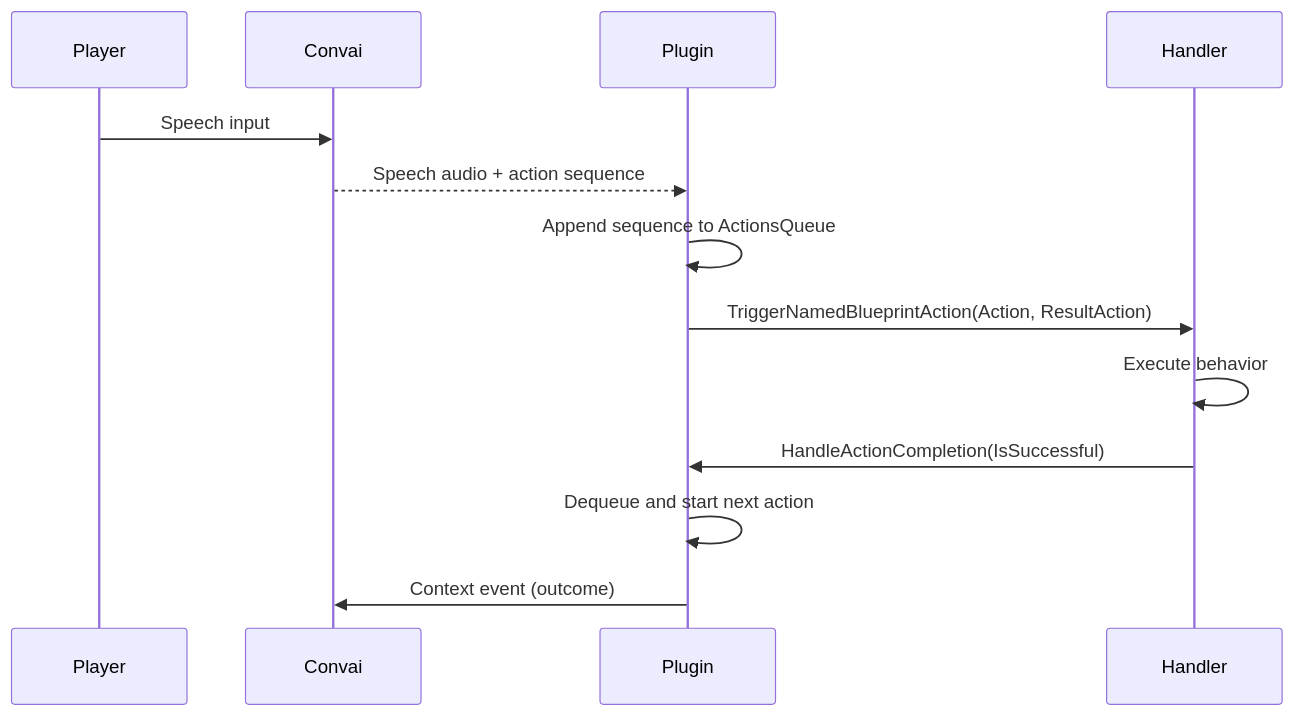
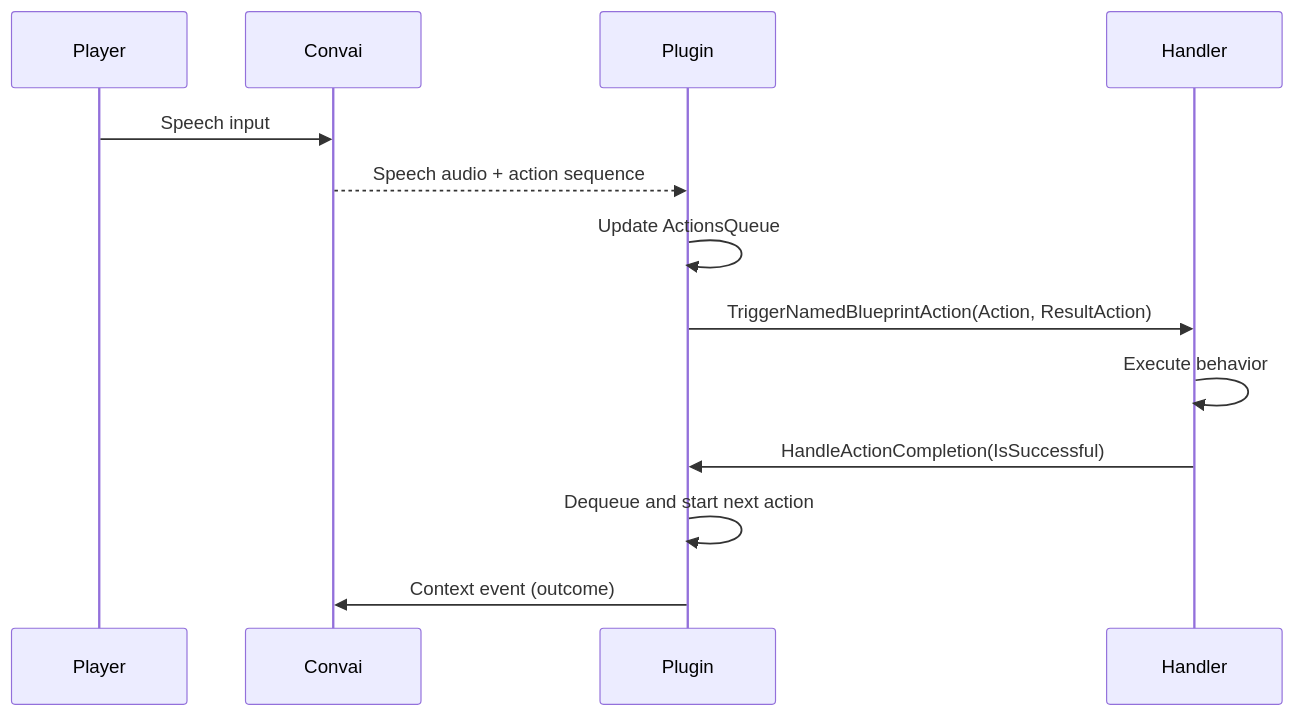
One commit to Conv-AI/Convai-Documentation changed the diagram in plugins-and-integrations/convai-unreal-engine-plugin/features/character-actions/how-character-actions-work.md. Above: the diagram before and after it, drawn with Mermaid. The commit also changed other lines of this file and 11 other files, not shown here.

````diff
--- a/plugins-and-integrations/convai-unreal-engine-plugin/features/character-actions/how-character-actions-work.md
+++ b/plugins-and-integrations/convai-unreal-engine-plugin/features/character-actions/how-character-actions-work.md
@@ -84,16 +84,16 @@
 ```mermaid
 sequenceDiagram
     participant Player
     participant Convai
     participant Plugin
     participant Handler
 
     Player->>Convai: Speech input
     Convai-->>Plugin: Speech audio + action sequence
-    Plugin->>Plugin: Append sequence to ActionsQueue
+    Plugin->>Plugin: Update ActionsQueue
     Plugin->>Handler: TriggerNamedBlueprintAction(Action, ResultAction)
     Handler->>Handler: Execute behavior
     Handler->>Plugin: HandleActionCompletion(IsSuccessful)
     Plugin->>Plugin: Dequeue and start next action
     Plugin->>Convai: Context event (outcome)
 ```
````
